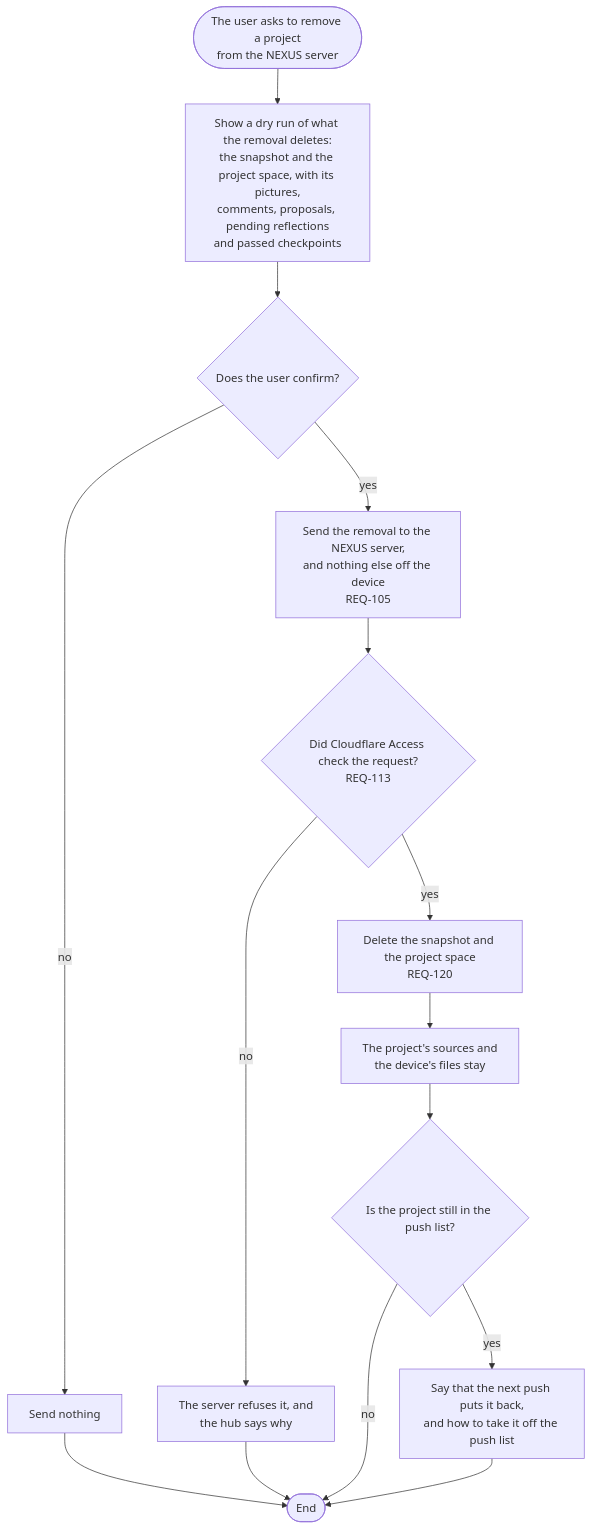
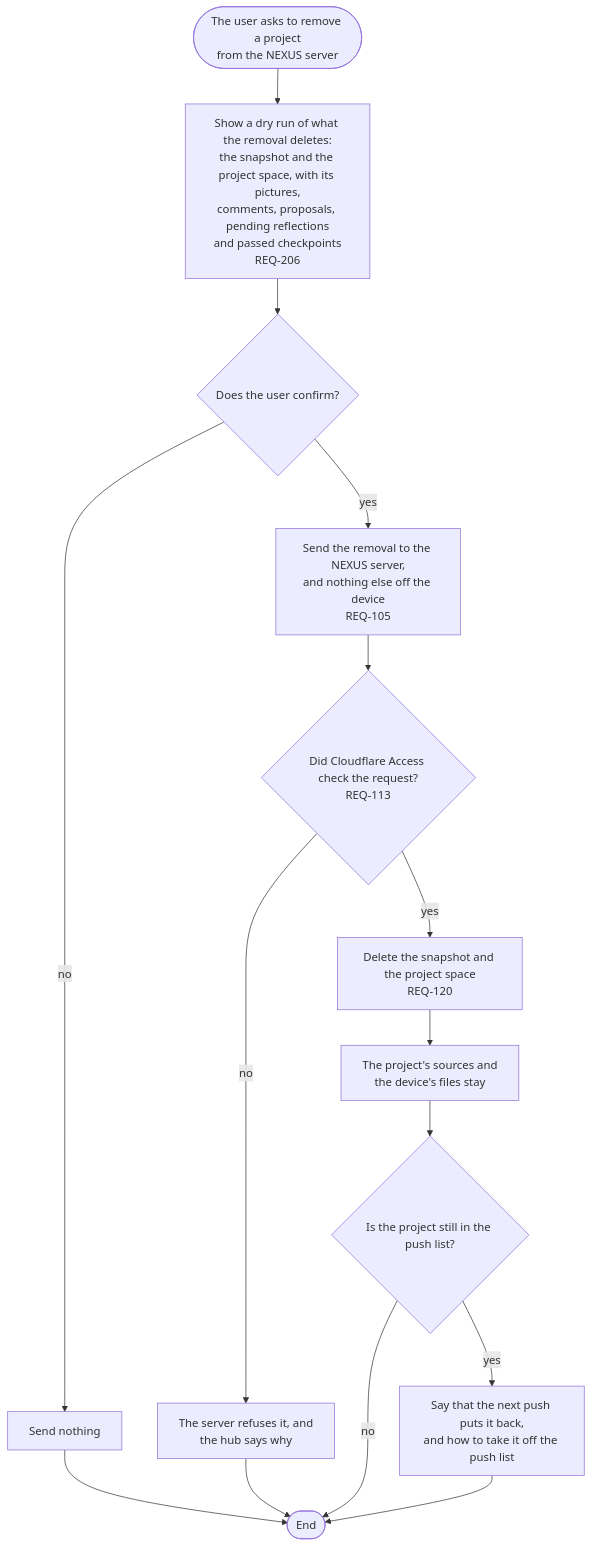
One commit to kodonghui/corthex-nexus changed the diagram in docs/03-user-flow/nexus/FL-114-remove-a-project.md. Above: the diagram before and after it, drawn with Mermaid. The commit also changed other lines of this file and 33 other files, not shown here.

````diff
--- a/docs/03-user-flow/nexus/FL-114-remove-a-project.md
+++ b/docs/03-user-flow/nexus/FL-114-remove-a-project.md
@@ -9,17 +9,17 @@
 ```mermaid
 flowchart TD
-  A(["The user asks to remove a project<br/>from the NEXUS server"]) --> B["Show a dry run of what the removal deletes:<br/>the snapshot and the project space, with its pictures,<br/>comments, proposals, pending reflections<br/>and passed checkpoints"]
+  A(["The user asks to remove a project<br/>from the NEXUS server"]) --> B["Show a dry run of what the removal deletes:<br/>the snapshot and the project space, with its pictures,<br/>comments, proposals, pending reflections<br/>and passed checkpoints<br/>REQ-206"]
   B --> C{"Does the user confirm?"}
   C -->|no| C1["Send nothing"]
   C1 --> Z(["End"])
   C -->|yes| D["Send the removal to the NEXUS server,<br/>and nothing else off the device<br/>REQ-105"]
   D --> E{"Did Cloudflare Access check the request?<br/>REQ-113"}
   E -->|no| E1["The server refuses it, and<br/>the hub says why"]
   E1 --> Z
   E -->|yes| F["Delete the snapshot and the project space<br/>REQ-120"]
   F --> G["The project's sources and<br/>the device's files stay"]
   G --> H{"Is the project still in the push list?"}
   H -->|yes| H1["Say that the next push puts it back,<br/>and how to take it off the push list"]
   H -->|no| Z
   H1 --> Z
 ```
````
